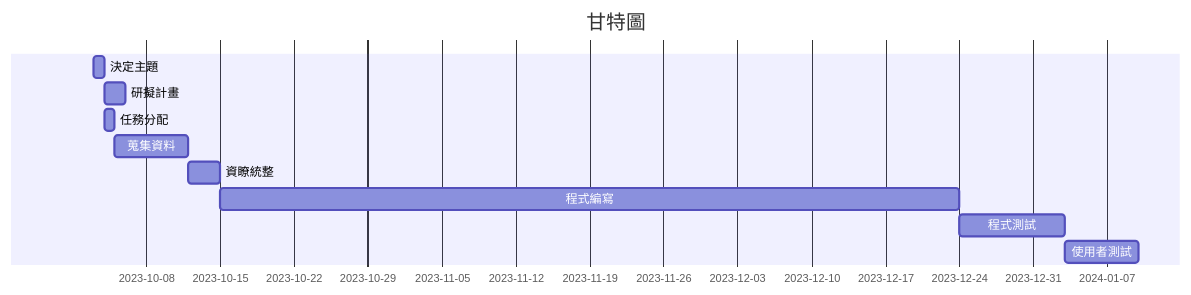
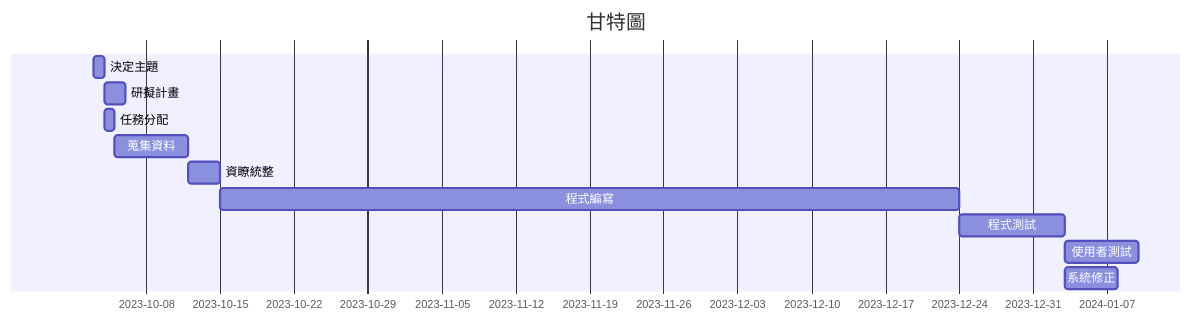
Before and after one commit to shiang229/Team13: the diagram in README.md, drawn with Mermaid. The commit also changed other lines of this file, not shown here.

````diff
--- a/README.md
+++ b/README.md
@@ -20,12 +21,13 @@
 ```mermaid
 gantt
     title 甘特圖
 　　決定主題     : a1 , 2023-10-03 , 1d
     研擬計畫     : a2 , after a1 , 2d
     任務分配     : a3 , after a1 , 1d
     蒐集資料     : a4 , after a3 , 7d
     資瞭統整     : a5 , after a4 , 3d
     程式編寫     : a6 , after a5 , 70d
     程式測試     : a7 , after a6 , 10d
     使用者測試   : a8 , after a7 ,7d
+    系統修正     : a9 , after a7 , 5d
 ```
````
